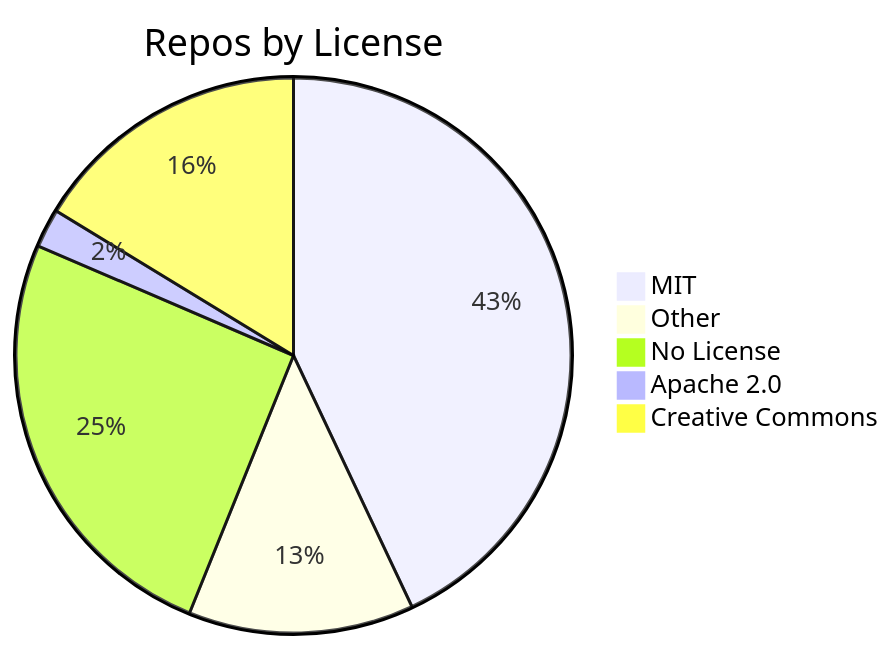
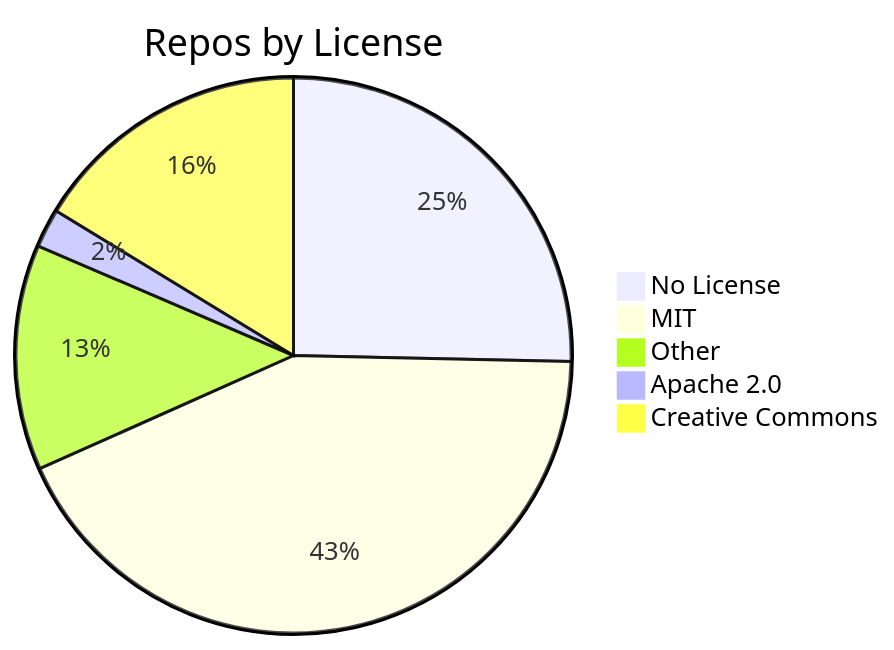
One commit to jpatterson933/awesome-mcp-server-repo-index changed the diagram in README.md. Above: the diagram before and after it, drawn with Mermaid. The commit also changed other lines of this file and 7 other files, not shown here.

````diff
--- a/README.md
+++ b/README.md
@@ -31,8 +31,8 @@
 ```mermaid
 pie title Repos by License
+    "No License" : 56
     "MIT" : 95
     "Other" : 29
-    "No License" : 56
     "Apache 2.0" : 5
     "Creative Commons" : 36
 ```
````
